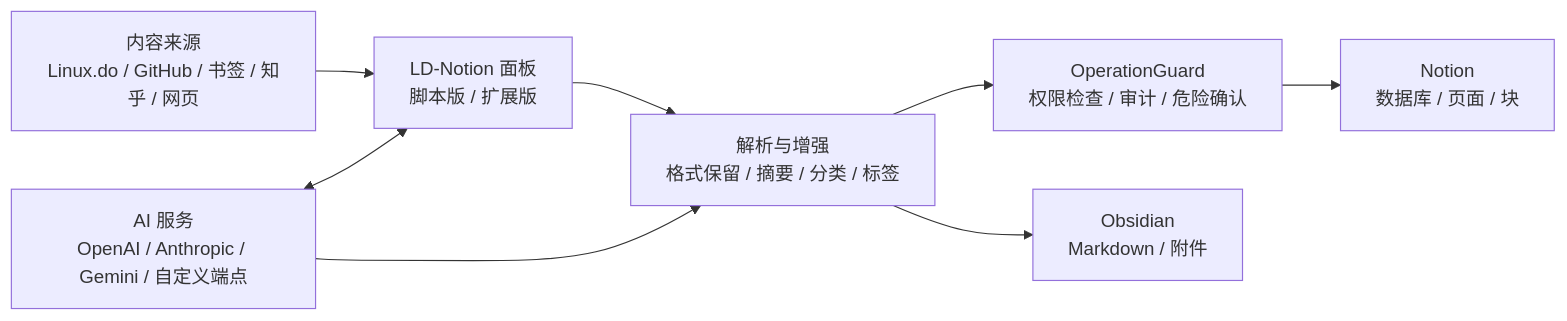
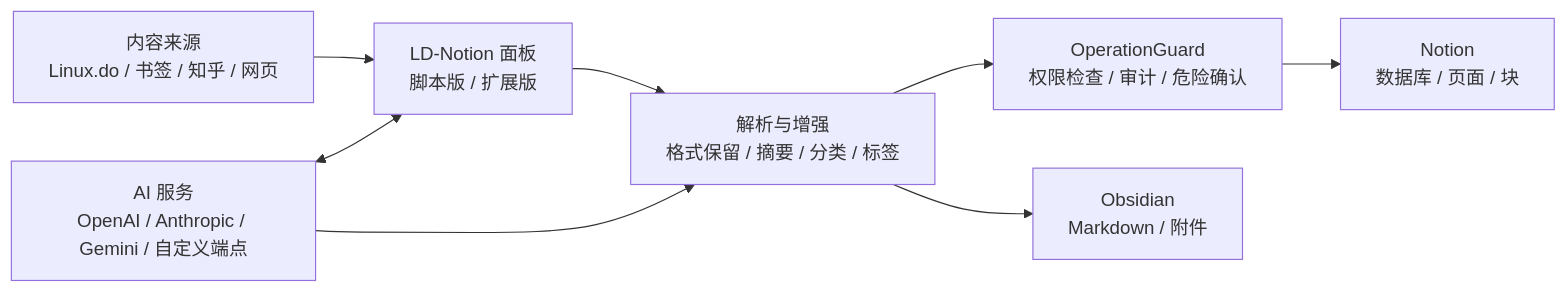
Before and after one commit to Smith-106/LD-Notion: the diagram in docs/index.md, drawn with Mermaid. The commit also changed other lines of this file and 100 other files, not shown here.

First line of the commit message:
feat(release): v3.17.0 — GitHub 收藏源全移除

````diff
--- a/docs/index.md
+++ b/docs/index.md
@@ -36,10 +36,10 @@
 ```mermaid
 flowchart LR
-  Sources[内容来源\nLinux.do / GitHub / 书签 / 知乎 / 网页] --> Panel[LD-Notion 面板\n脚本版 / 扩展版]
+  Sources[内容来源\nLinux.do / 书签 / 知乎 / 网页] --> Panel[LD-Notion 面板\n脚本版 / 扩展版]
   Panel --> Parser[解析与增强\n格式保留 / 摘要 / 分类 / 标签]
   Parser --> Guard[OperationGuard\n权限检查 / 审计 / 危险确认]
   Guard --> Notion[Notion\n数据库 / 页面 / 块]
   Parser --> Obsidian[Obsidian\nMarkdown / 附件]
   AI[AI 服务\nOpenAI / Anthropic / Gemini / 自定义端点] <--> Panel
   AI --> Parser
 ```
````
